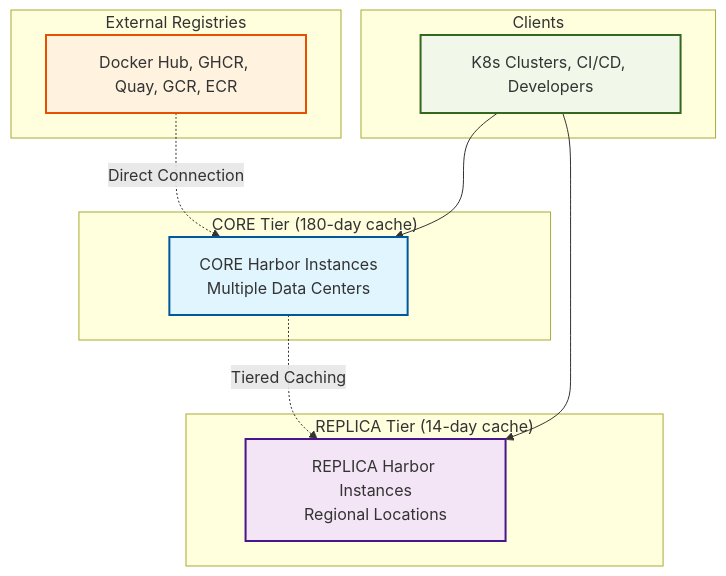
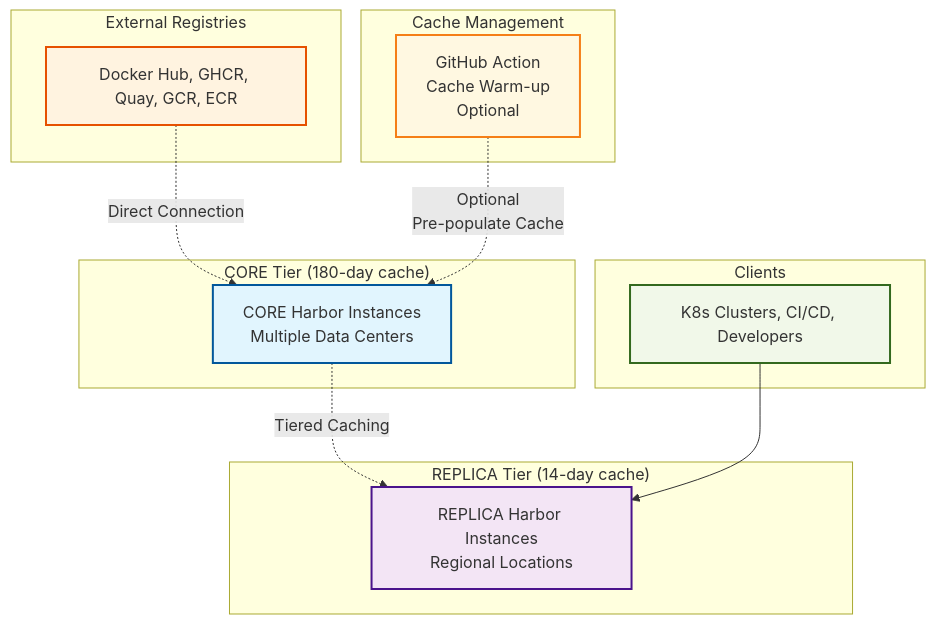
The first of 3 diagrams in README.md (GlueOps/aio-harbor-registry-cache), drawn with Mermaid before and after one commit.

````diff
--- a/README.md
+++ b/README.md
@@ -12,33 +12,39 @@
 ```mermaid
 graph TB
     subgraph "External Registries"
         Upstream[Docker Hub, GHCR, Quay, GCR, ECR]
     end
     
     subgraph "CORE Tier (180-day cache)"
         Core[CORE Harbor Instances<br/>Multiple Data Centers]
     end
     
     subgraph "REPLICA Tier (14-day cache)"
         Replica[REPLICA Harbor Instances<br/>Regional Locations]
     end
     
     subgraph "Clients"
         Users[K8s Clusters, CI/CD, Developers]
     end
     
+    subgraph "Cache Management"
+        WarmUp[GitHub Action<br/>Cache Warm-up<br/>Optional]
+    end
+    
     Upstream -.->|Direct Connection| Core
     Core -.->|Tiered Caching| Replica
     Users --> Replica
-    Users --> Core
+    WarmUp -.->|Optional<br/>Pre-populate Cache| Core
     
     classDef upstream fill:#fff3e0,stroke:#e65100,stroke-width:2px
     classDef core fill:#e1f5fe,stroke:#01579b,stroke-width:2px
     classDef replica fill:#f3e5f5,stroke:#4a148c,stroke-width:2px
     classDef client fill:#f1f8e9,stroke:#33691e,stroke-width:2px
+    classDef warmup fill:#fff8e1,stroke:#f57f17,stroke-width:2px
     
     class Upstream upstream
     class Core core
     class Replica replica
     class Users client
+    class WarmUp warmup
 ```
````
